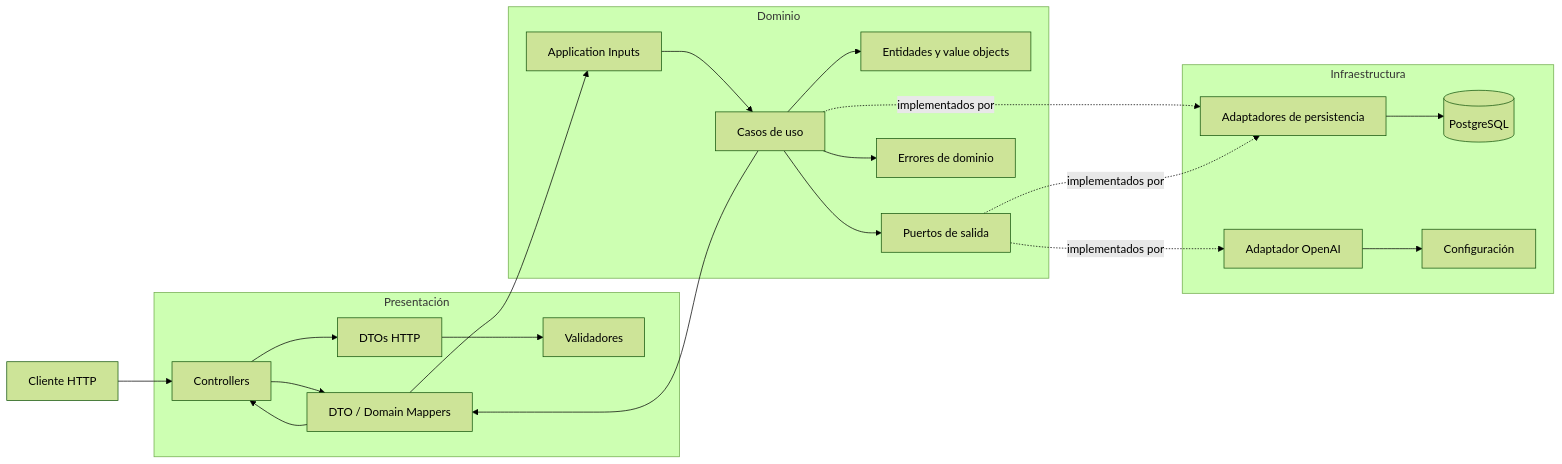
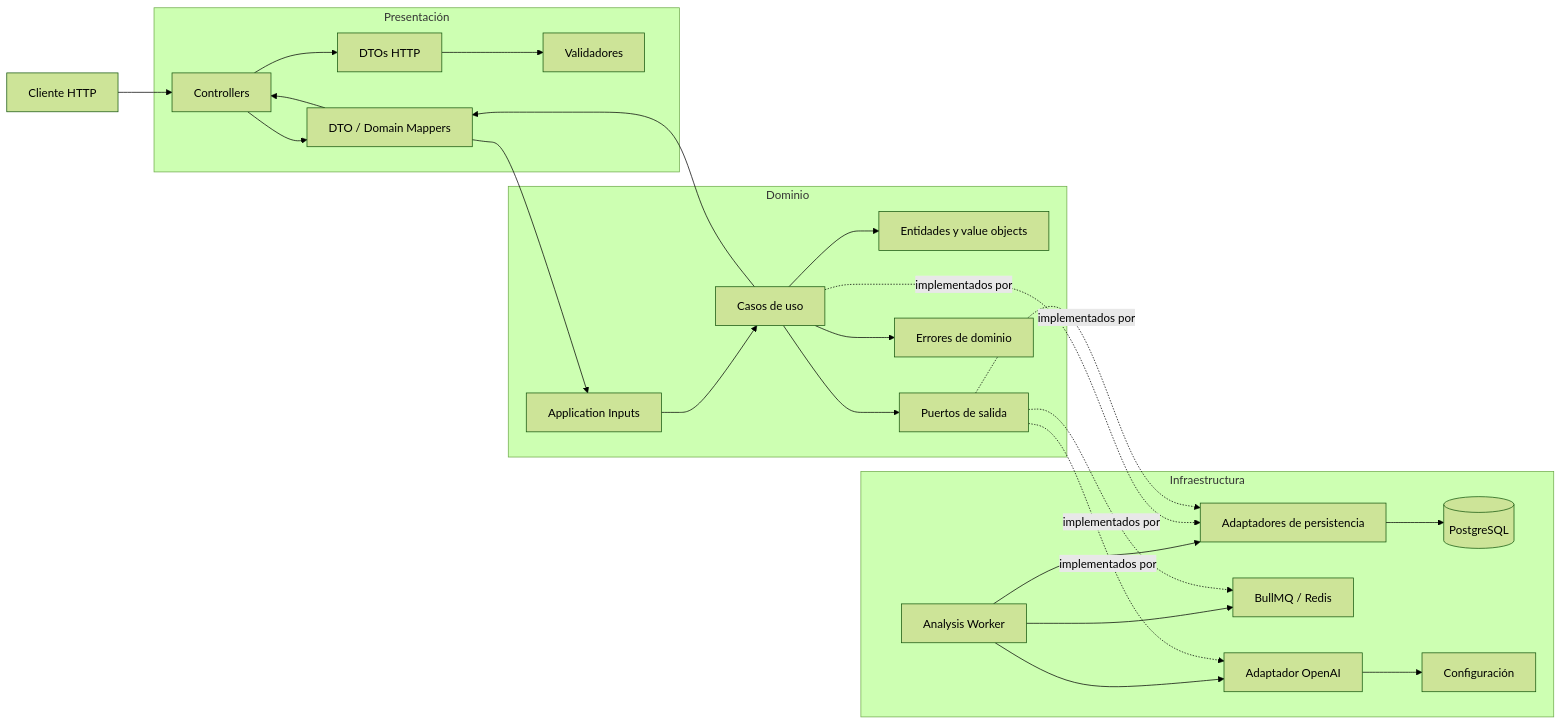
The first of 2 diagrams in ARCHITECTURE.md (RodrigoCaraballo/smartlog-analyzer), drawn with Mermaid (forest theme) before and after one commit. The commit also changed other lines of this file and 39 other files, not shown here.

````diff
--- a/ARCHITECTURE.md
+++ b/ARCHITECTURE.md
@@ -21,42 +21,48 @@
 ```mermaid
 flowchart LR
     Client[Cliente HTTP] --> Controllers
 
     subgraph Presentation[Presentación]
         Controllers[Controllers]
         DTOs[DTOs HTTP]
         Validators[Validadores]
         Mappers[DTO / Domain Mappers]
         Controllers --> DTOs
         DTOs --> Validators
         Controllers --> Mappers
     end
 
     subgraph Domain[Dominio]
         Inputs[Application Inputs]
         UseCases[Casos de uso]
         Entities[Entidades y value objects]
         Ports[Puertos de salida]
         DomainErrors[Errores de dominio]
         Inputs --> UseCases
         UseCases --> Entities
         UseCases --> Ports
         UseCases --> DomainErrors
     end
 
     subgraph Infrastructure[Infraestructura]
         Persistence[Adaptadores de persistencia]
         Database[(PostgreSQL)]
+        Queue[BullMQ / Redis]
+        Worker[Analysis Worker]
         OpenAI[Adaptador OpenAI]
         Config[Configuración]
         Persistence --> Database
+        Worker --> Queue
+        Worker --> Persistence
+        Worker --> OpenAI
         OpenAI --> Config
     end
 
     Mappers --> Inputs
     UseCases -. implementados por .-> Persistence
     Ports -. implementados por .-> Persistence
     Ports -. implementados por .-> OpenAI
+    Ports -. implementados por .-> Queue
     UseCases --> Mappers
     Mappers --> Controllers
 ```
````
